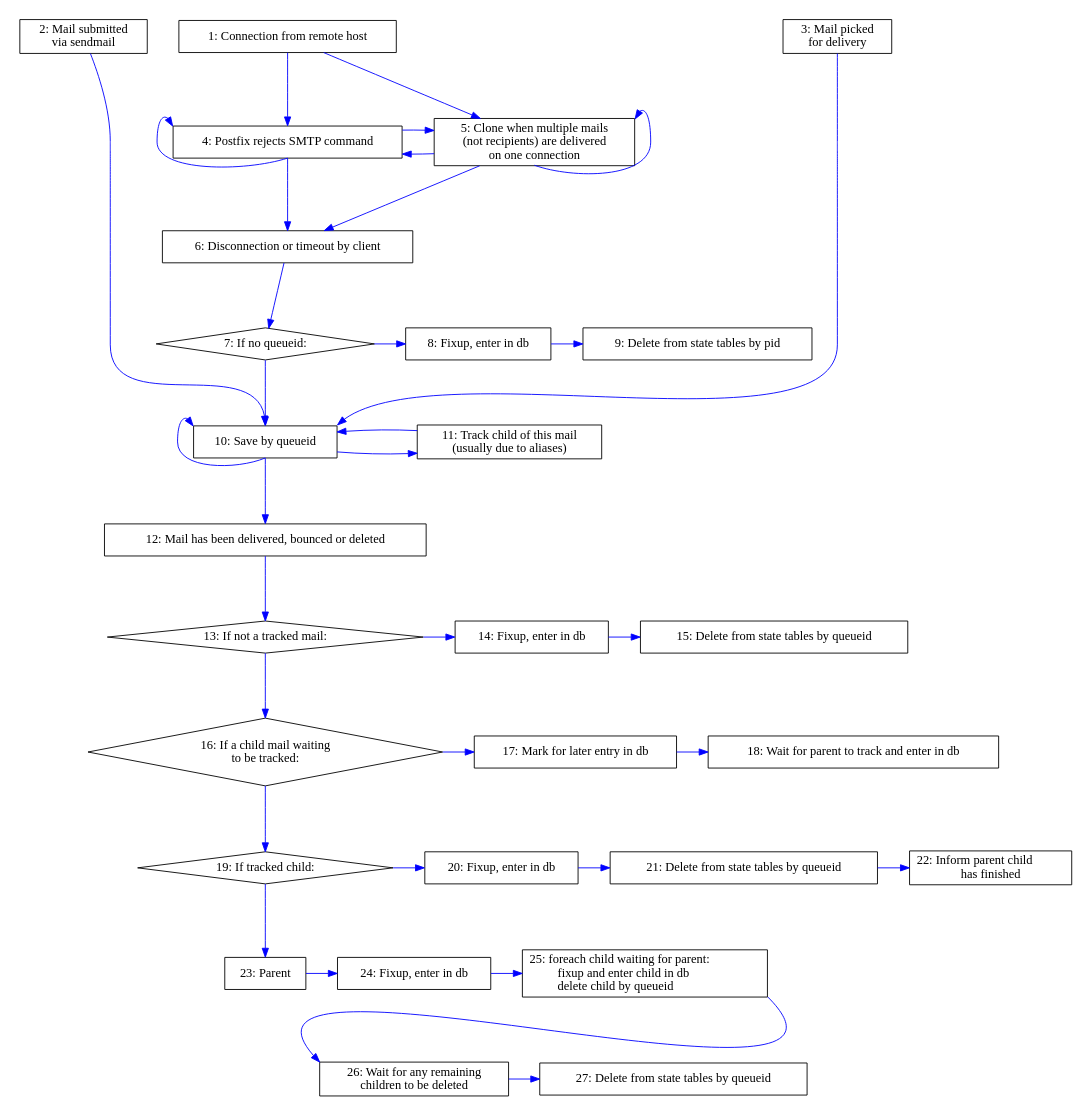
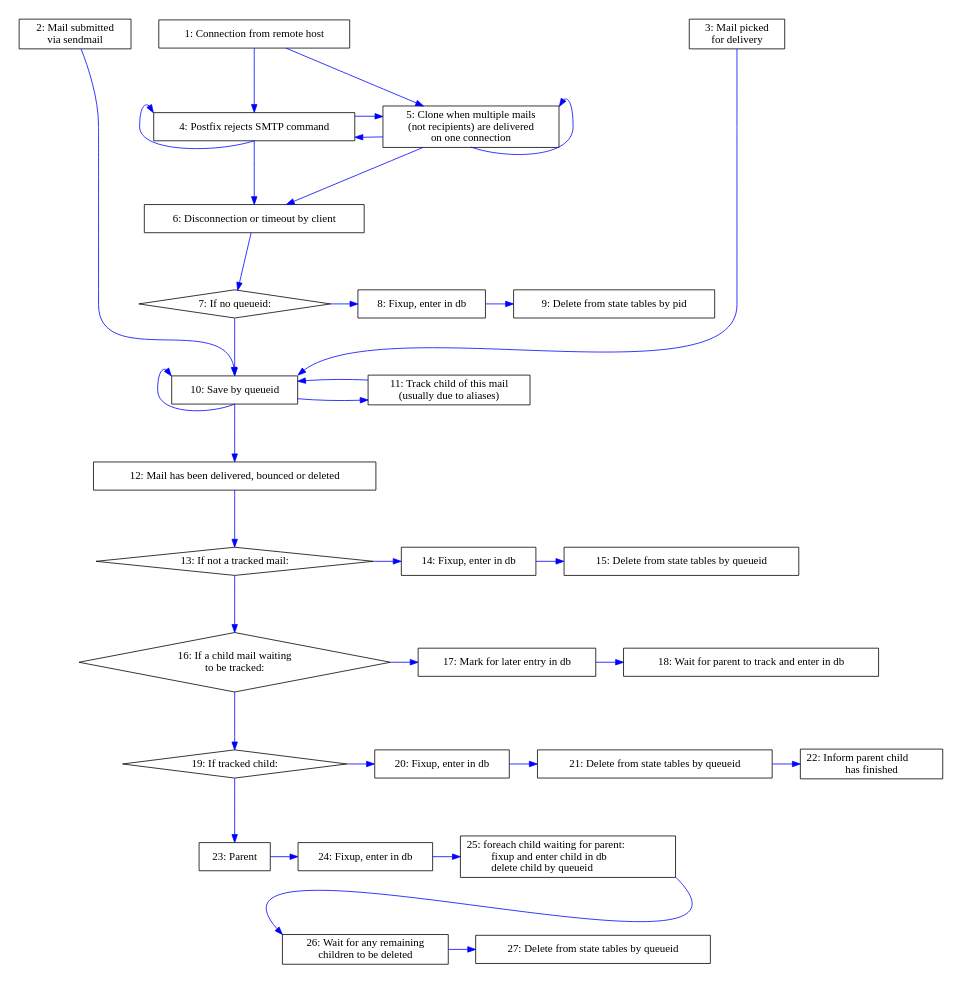
The diagram in doc/logparser-flow-chart.dot (tobinjt/ASO), drawn with Graphviz before and after one commit. The commit also changed 1 other file, not shown here.

Commit message:
Made the flow chart into a figure, which resulted in minor tidying. Small cleanups for overfull hboxes etc.

```diff
--- a/doc/logparser-flow-chart.dot
+++ b/doc/logparser-flow-chart.dot
@@ -1,173 +1,176 @@
 /* vim: set textwidth=160 : */
 /* $Id$ */
 
 digraph logparser {
     graph [
-        size = "6.8, 6.9"
+        /* This seems to be width, height - but they interact strangely, so 
+         * I'm never sure.
+         */
+        size = "6.0, 6.4"
         margin = "0"
         center = true
     ]
     node [
         shape = box
     ]
     edge [
         color = blue
         fontcolor = red
         minlen = 2
     ]
 
     /* EDGES */
     /* Connect from client */
     connect                         -> { rejection } [weight = 5]
     rejection                       -> { rejection } [dir = back, headport = s, tailport = nw]
     rejection                       -> { disconnect } [weight = 5]
     connect                         -> { clone }
     clone                           -> { clone } [dir = back, headport = s, tailport = ne]
     clone                           -> { disconnect }
     clone                           -> { rejection }
     rejection                       -> { clone }
 
     /* Disconnect without queueid */
     disconnect                      -> { if_no_queueid }
     if_no_queueid                   -> { fixup_enter_in_db_disconnect }
     fixup_enter_in_db_disconnect    -> { delete_by_pid_disconnect }
 
     /* Disconnect with queueid */
     if_no_queueid                   -> { save_by_queueid } [weight = 5]
 
     /* Misc entry */
     pickup                          -> { save_by_queueid } [headport = n]
     qmgr_chooses_mail               -> { save_by_queueid } [headport = ne]
     /* Graph placement */
     connect                         -> { pickup } [style = invis, weight = 0]
     connect                         -> { qmgr_chooses_mail } [style = invis, weight = 0]
 
     /* Save results by queueid */
     save_by_queueid                 -> { track } [minlen = 5]
     track                           -> { save_by_queueid }
     save_by_queueid                 -> { save_by_queueid } [dir = back, headport = s, tailport = nw]
     save_by_queueid                 -> { commit }
 
     /* Commit is complicated */
     /* Neither parent nor child. */
     commit                          -> { if_neither_parent_nor_child }
     if_neither_parent_nor_child     -> { fixup_enter_in_db_npc }
     fixup_enter_in_db_npc           -> { delete_npc }
     /* Untracked child */
     if_neither_parent_nor_child     -> { if_untracked_child }
     if_untracked_child              -> { mark_for_commit }
     mark_for_commit                 -> { wait_for_parent_to_commit_me }
     if_untracked_child              -> { if_tracked_child }
     /* Tracked child */
     if_tracked_child                -> { fixup_enter_in_db_tc }
     fixup_enter_in_db_tc            -> { delete_tc }
     delete_tc                       -> { maybe_delete_parent }
     /* Parent */
     if_tracked_child                -> { parent }
     parent                          -> { fixup_enter_in_db_parent }
     fixup_enter_in_db_parent        -> { commit_children }
     /* This next edge pulls wait_for_children_to_be_deleted leftwards */
     fixup_enter_in_db_parent        -> { wait_for_children_to_be_deleted } [style = invis]
     commit_children                 -> { wait_for_children_to_be_deleted } [headport = nw, tailport = se, weight = 0]
     wait_for_children_to_be_deleted -> { delete_parent }
 
     /* NODE LABELS */
     rejection                       [label = "4: Postfix rejects SMTP command"]
     connect                         [label = "1: Connection from remote host"]
     clone                           [label = "5: Clone when multiple mails\n(not recipients) are delivered\non one connection"]
 
     /* Disconnect without queueid */
     disconnect                      [label = "6: Disconnection or timeout by client"]
     if_no_queueid                   [label = "7: If no queueid:", shape = diamond]
     fixup_enter_in_db_disconnect    [label = "8: Fixup, enter in db"]
     delete_by_pid_disconnect        [label = "9: Delete from state tables by pid"]
 
     /* Disconnect with queueid - already covered */
 
     /* Misc entry */
     pickup                          [label = "2: Mail submitted\nvia sendmail"]
     qmgr_chooses_mail               [label = "3: Mail picked \nfor delivery"]
 
     /* Save results by queueid */
     save_by_queueid                 [label = "10: Save by queueid"]
     track                           [label = "11: Track child of this mail\n(usually due to aliases)"]
 
     /* Commit is complicated */
     /* Neither parent nor child. */
     commit                          [label = "12: Mail has been delivered, bounced or deleted"]
     if_neither_parent_nor_child     [label = "13: If not a tracked mail:", shape = diamond]
     fixup_enter_in_db_npc           [label = "14: Fixup, enter in db"]
     delete_npc                      [label = "15: Delete from state tables by queueid"]
 
     /* Untracked child */
     if_untracked_child              [label = "16: If a child mail waiting\nto be tracked:", shape = diamond]
     mark_for_commit                 [label = "17: Mark for later entry in db"]
     wait_for_parent_to_commit_me    [label = "18: Wait for parent to track and enter in db"]
 
     /* Tracked child */
     if_tracked_child                [label = "19: If tracked child:", shape = diamond]
     fixup_enter_in_db_tc            [label = "20: Fixup, enter in db"]
     delete_tc                       [label = "21: Delete from state tables by queueid"]
     maybe_delete_parent             [label = "22: Inform parent child\lhas finished"]
 
     /* Parent */
     parent                          [label = "23: Parent"]
     fixup_enter_in_db_parent        [label = "24: Fixup, enter in db"]
     commit_children                 [label = "25: foreach child waiting for parent:\l          fixup and enter child in db\l          delete child by queueid\l", labeljust = l]
     wait_for_children_to_be_deleted [label = "26: Wait for any remaining \nchildren to be deleted"]
     delete_parent                   [label = "27: Delete from state tables by queueid"]
 
     /* SUB-GRAPHS */
     subgraph sources {
         rank = source
         pickup
         qmgr_chooses_mail
         connect
     }
     subgraph clone_or_save {
         rank = same
         clone
         rejection
     }
     subgraph disconnect_without_queueid {
         rank = same
         if_no_queueid
         fixup_enter_in_db_disconnect
         delete_by_pid_disconnect
     }
     subgraph save_or_track {
         rank = same
         track
         save_by_queueid
     }
     subgraph not_tracked {
         rank = same
         if_neither_parent_nor_child
         fixup_enter_in_db_npc
         delete_npc
     }
     subgraph untracked_child {
         rank = same
         if_untracked_child
         mark_for_commit
         wait_for_parent_to_commit_me
     }
     subgraph tracked_child {
         rank = same
         if_tracked_child
         fixup_enter_in_db_tc
         delete_tc
         maybe_delete_parent
     }
     subgraph parent {
         rank = same
         parent
         fixup_enter_in_db_parent
         commit_children
     }
     subgraph parent_waiting {
         rank = same
         wait_for_children_to_be_deleted
         delete_parent
     }
 }
```
